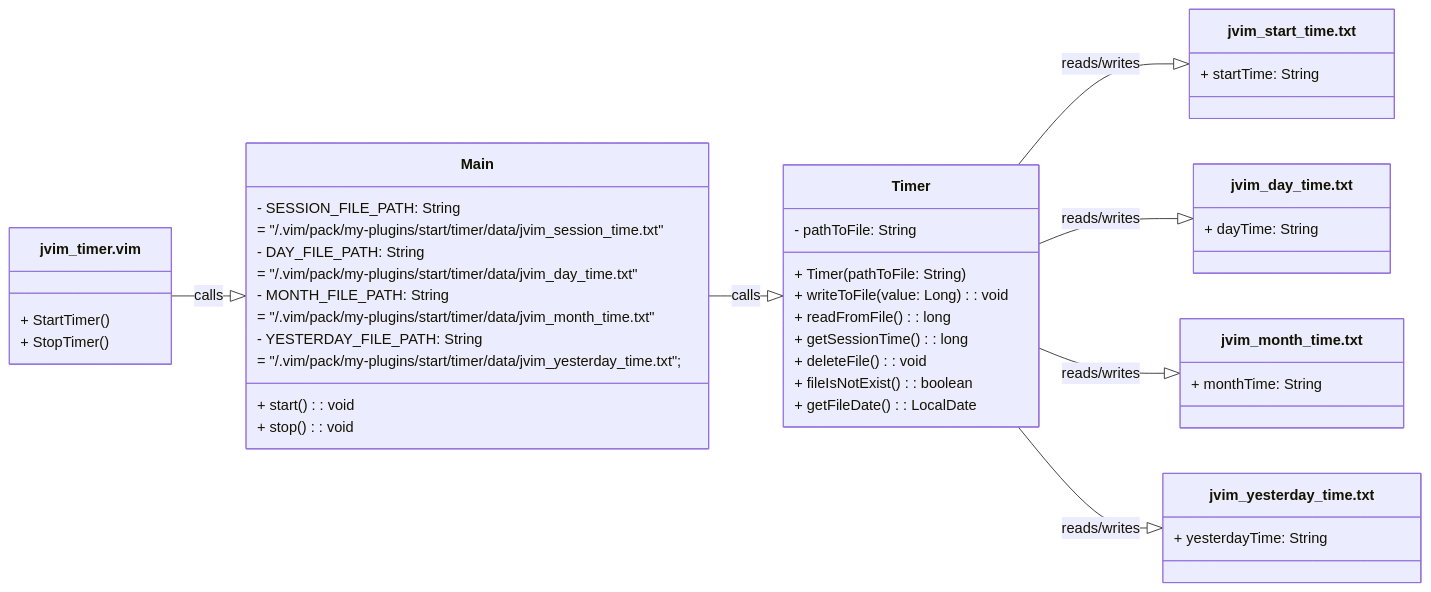
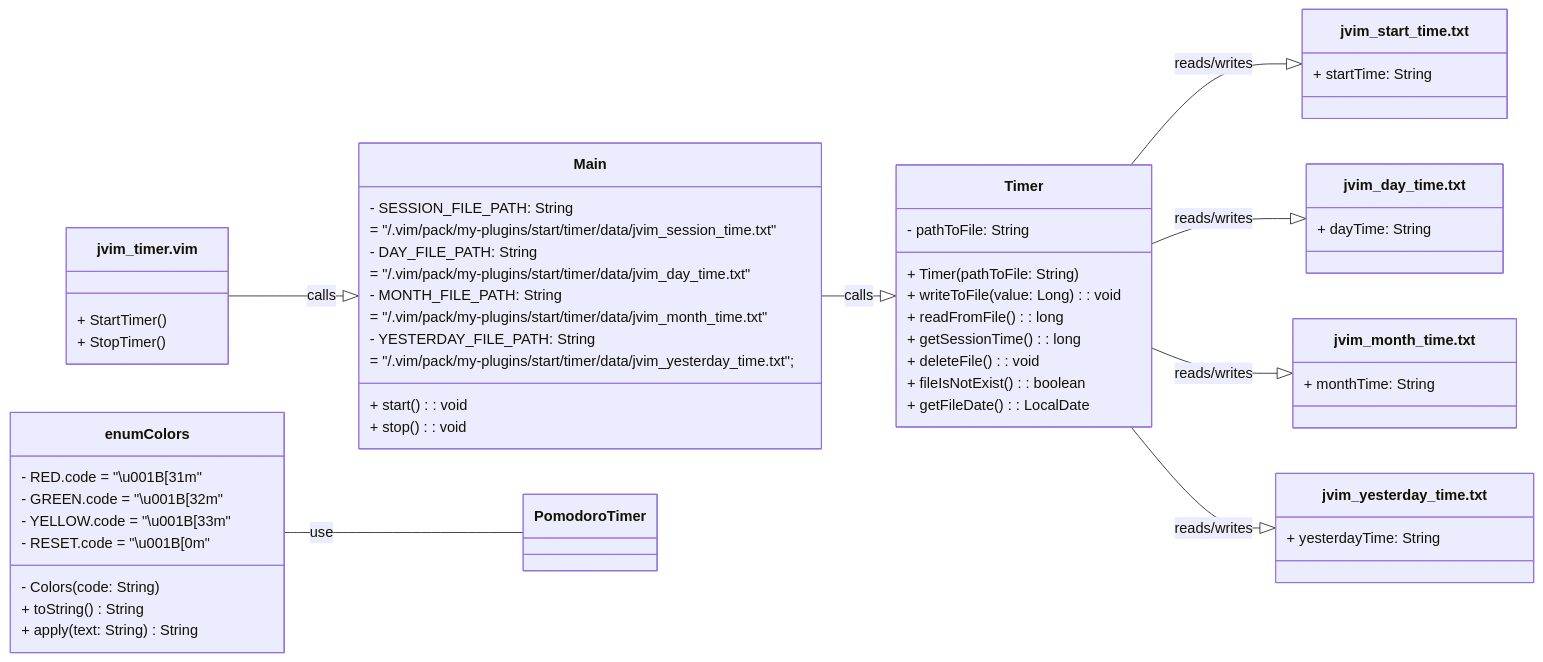
The second of 2 diagrams in timer/README.md (AlexandrAnatoliev/jvim-plugins), drawn with Mermaid before and after one commit. The commit also changed other lines of this file and 1 other file, not shown here.

First line of the commit message:
docs(timer): update README

````diff
--- a/timer/README.md
+++ b/timer/README.md
@@ -352,56 +369,67 @@
 ```mermaid
 classDiagram
   direction LR
   
   class jvim_timer.vim {
     + StartTimer()
     + StopTimer()
   }
 
   class Main {
     - SESSION_FILE_PATH: String 
       = "/.vim/pack/my-plugins/start/timer/data/jvim_session_time.txt"
     - DAY_FILE_PATH: String 
       = "/.vim/pack/my-plugins/start/timer/data/jvim_day_time.txt"
     - MONTH_FILE_PATH: String  
       = "/.vim/pack/my-plugins/start/timer/data/jvim_month_time.txt"
     - YESTERDAY_FILE_PATH: String 
       = "/.vim/pack/my-plugins/start/timer/data/jvim_yesterday_time.txt";
     + start(): void
     + stop(): void
+  }
+
+  class enum Colors {
+    - RED.code = "\u001B[31m"
+    - GREEN.code = "\u001B[32m"
+    - YELLOW.code = "\u001B[33m"
+    - RESET.code = "\u001B[0m"
+    - Colors(code: String)
+    + toString() String
+    + apply(text: String) String
   }
 
   class Timer {
     - pathToFile: String
     + Timer(pathToFile: String)
     + writeToFile(value: Long): void
     + readFromFile(): long
     + getSessionTime(): long
     + deleteFile(): void
     + fileIsNotExist(): boolean
     + getFileDate(): LocalDate
   }
 
   class jvim_start_time.txt {
     + startTime: String 
   }
 
   class jvim_day_time.txt {
     + dayTime: String
   }
 
   class jvim_month_time.txt {
     + monthTime: String
   }
 
   class jvim_yesterday_time.txt {
     + yesterdayTime: String
   }
 
   jvim_timer.vim --|> Main : calls
   Main --|> Timer : calls
+  enum Colors -- PomodoroTimer : use
   Timer --|> jvim_start_time.txt : reads/writes
   Timer --|> jvim_day_time.txt : reads/writes
   Timer --|> jvim_month_time.txt : reads/writes
   Timer --|> jvim_yesterday_time.txt : reads/writes
 ```
````
